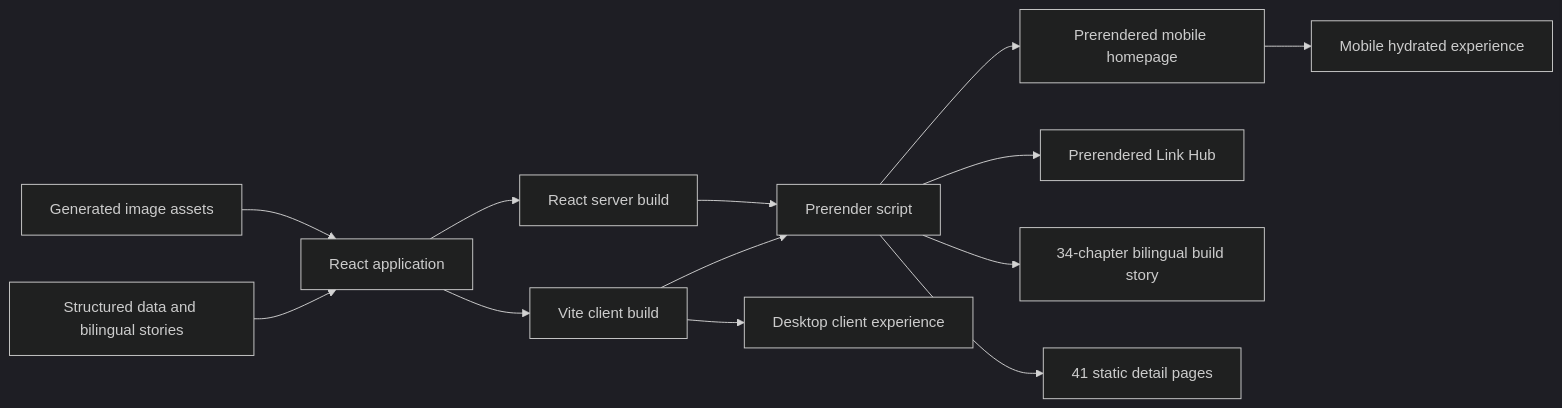
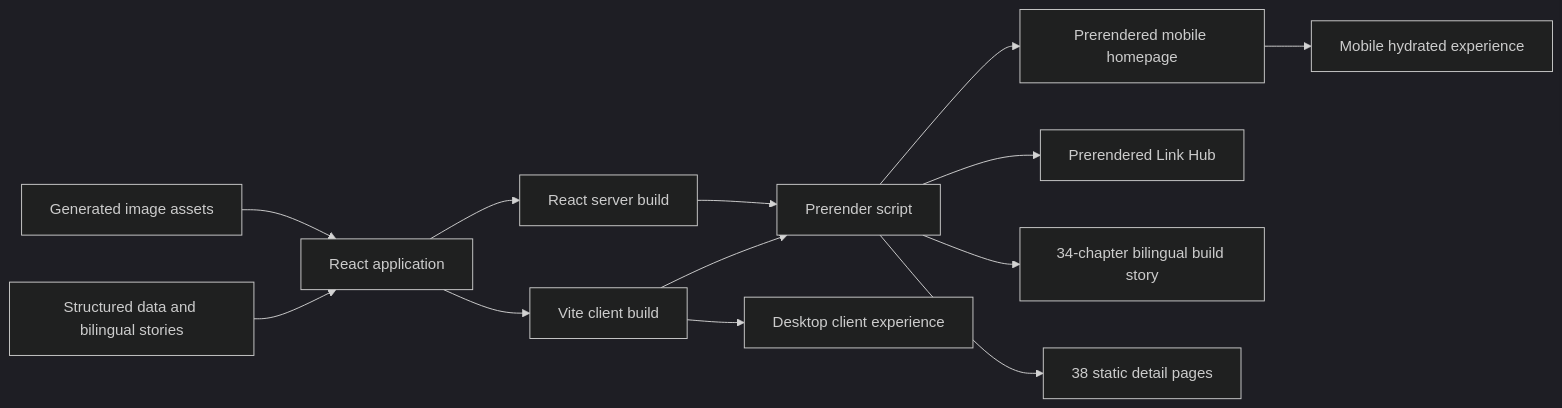
Before and after one commit to Ali-Sdg90/ali-sdg90.github.io: the diagram in docs/architecture.md, drawn with Mermaid (dark theme). The commit also changed 7 other files, not shown here.

````diff
--- a/docs/architecture.md
+++ b/docs/architecture.md
@@ -19,28 +19,28 @@
 ```mermaid
 flowchart LR
     Content[Structured data and bilingual stories]
     Media[Generated image assets]
     App[React application]
     Client[Vite client build]
     Server[React server build]
     Prerender[Prerender script]
     Home[Prerendered mobile homepage]
     Links[Prerendered Link Hub]
     Story[34-chapter bilingual build story]
-    Details[41 static detail pages]
+    Details[38 static detail pages]
     Desktop[Desktop client experience]
     Mobile[Mobile hydrated experience]
 
     Content --> App
     Media --> App
     App --> Client
     App --> Server
     Client --> Prerender
     Server --> Prerender
     Prerender --> Home
     Prerender --> Links
     Prerender --> Story
     Prerender --> Details
     Home --> Mobile
     Client --> Desktop
 ```
````
